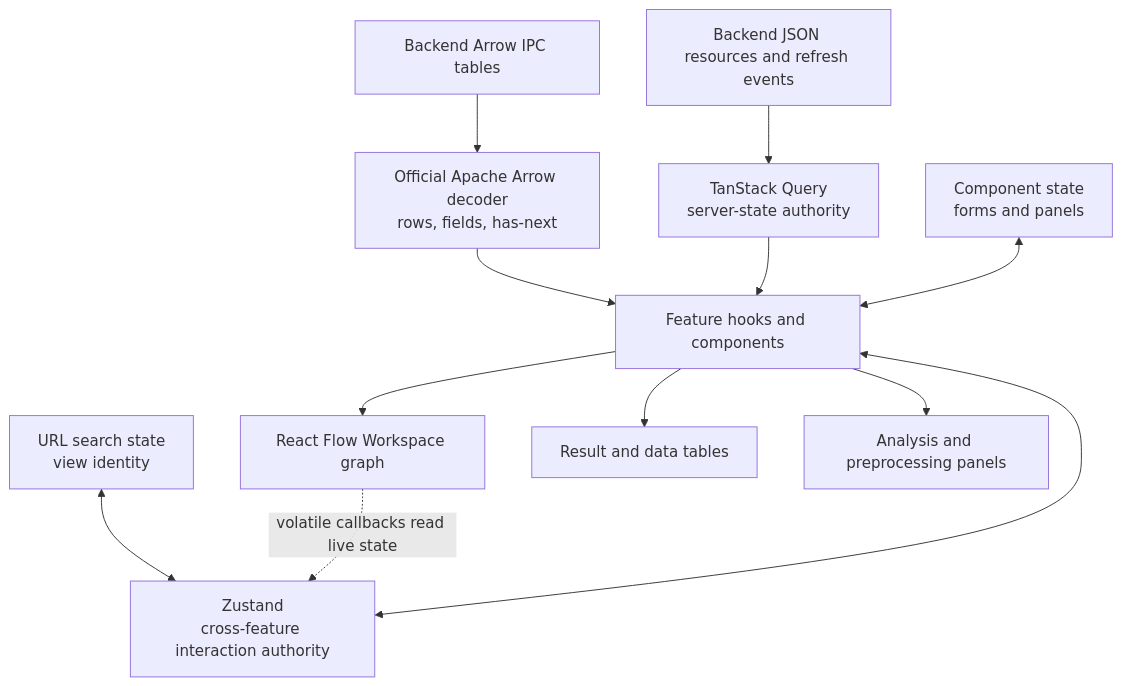
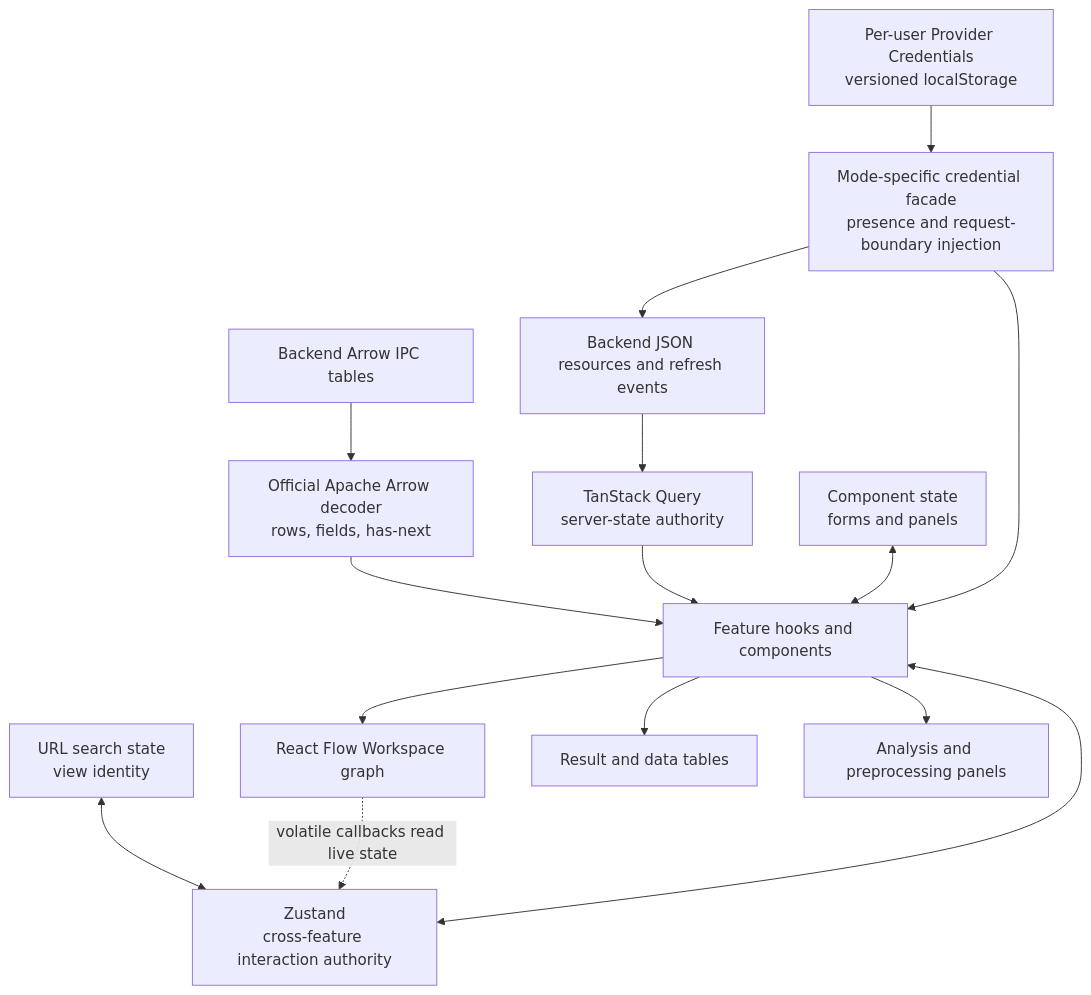
Before and after one commit to Australian-Text-Analytics-Platform/ldaca_web_app: the diagram in docs/architecture/frontend/state-and-data-flow.md, drawn with Mermaid. The commit also changed other lines of this file and 47 other files, not shown here.

````diff
--- a/docs/architecture/frontend/state-and-data-flow.md
+++ b/docs/architecture/frontend/state-and-data-flow.md
@@ -11,17 +11,20 @@
 ```mermaid
 flowchart TB
     BACKEND["Backend JSON resources and refresh events"] --> QUERY["TanStack Query<br/>server-state authority"]
     ARROW["Backend Arrow IPC tables"] --> DECODER["Official Apache Arrow decoder<br/>rows, fields, has-next"]
     DECODER --> FEATURES
     QUERY --> FEATURES["Feature hooks and components"]
 
     ZUSTAND["Zustand<br/>cross-feature interaction authority"] <--> FEATURES
     LOCAL["Component state<br/>forms and panels"] <--> FEATURES
     URL["URL search state<br/>view identity"] <--> ZUSTAND
+    BROWSER_CREDENTIALS["Per-user Provider Credentials<br/>versioned localStorage"] --> CREDENTIAL_FACADE["Mode-specific credential facade<br/>presence and request-boundary injection"]
+    CREDENTIAL_FACADE --> FEATURES
+    CREDENTIAL_FACADE --> BACKEND
 
     FEATURES --> GRAPH["React Flow Workspace graph"]
     FEATURES --> TABLES["Result and data tables"]
     FEATURES --> PANELS["Analysis and preprocessing panels"]
 
     GRAPH -. "volatile callbacks read live state" .-> ZUSTAND
 ```
````
